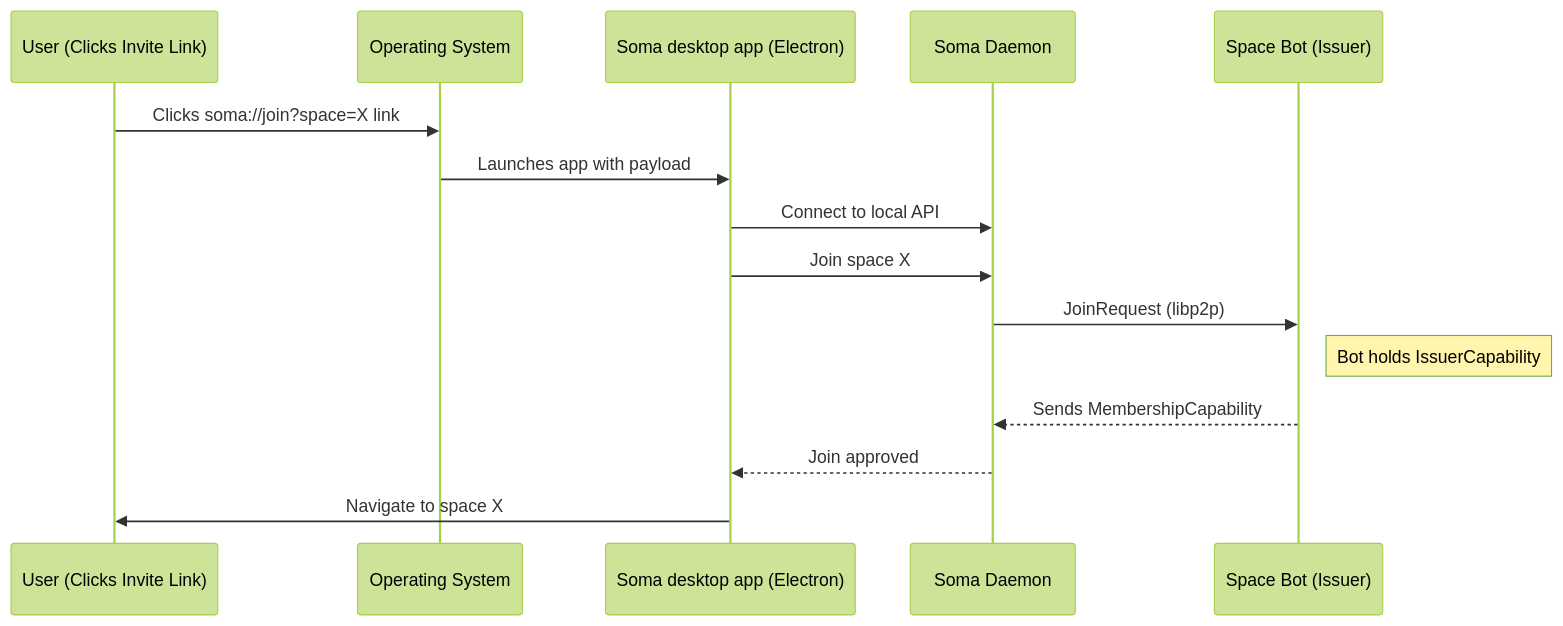
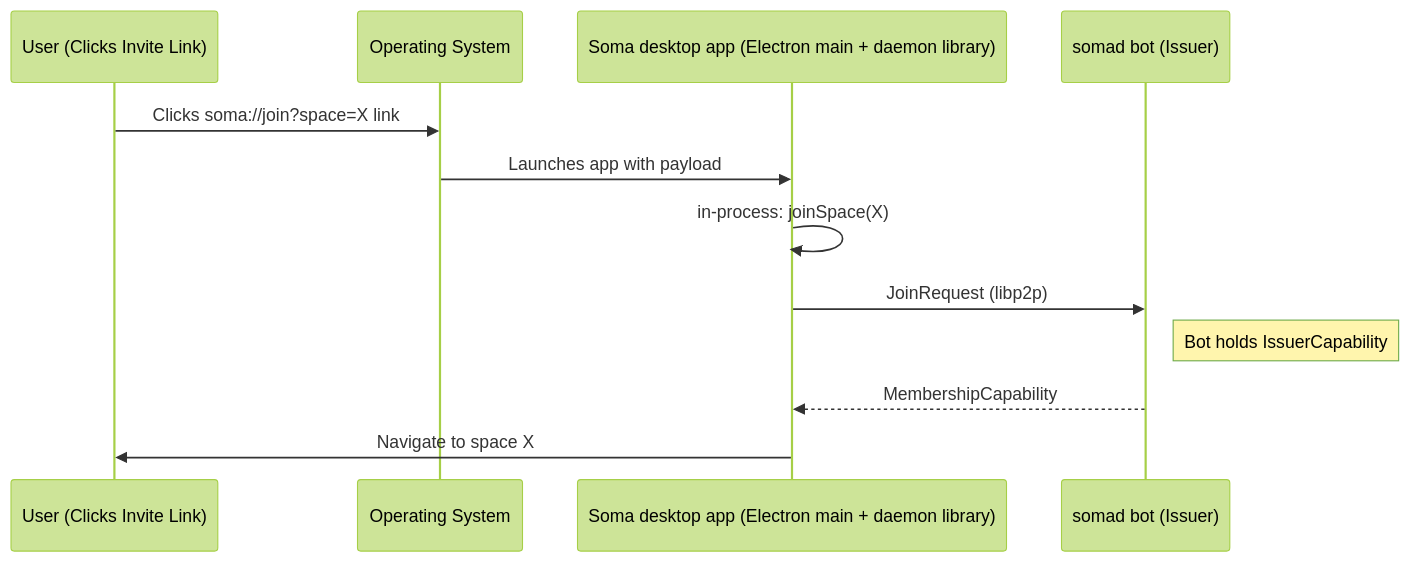
One commit to stephane-segning/soma changed the second of 2 diagrams in docs/src/architecture/soma-tapia.md. Above: the diagram before and after it, drawn with Mermaid (forest theme). The commit also changed other lines of this file and 142 other files, not shown here.

````diff
--- a/docs/src/architecture/soma-tapia.md
+++ b/docs/src/architecture/soma-tapia.md
@@ -77,17 +95,14 @@
 ```mermaid
 sequenceDiagram
     participant User as User (Clicks Invite Link)
     participant OS as Operating System
-    participant SomaApp as Soma desktop app (Electron)
-    participant Daemon as Soma Daemon
-    participant Bot as Space Bot (Issuer)
+    participant SomaApp as Soma desktop app (Electron main + daemon library)
+    participant Bot as somad bot (Issuer)
     User ->> OS: Clicks soma://join?space=X link
     OS ->> SomaApp: Launches app with payload
-    SomaApp ->> Daemon: Connect to local API
-    SomaApp ->> Daemon: Join space X
-    Daemon ->> Bot: JoinRequest (libp2p)
+    SomaApp ->> SomaApp: in-process: joinSpace(X)
+    SomaApp ->> Bot: JoinRequest (libp2p)
     Note right of Bot: Bot holds IssuerCapability
-    Bot -->> Daemon: Sends MembershipCapability
-    Daemon -->> SomaApp: Join approved
+    Bot -->> SomaApp: MembershipCapability
     SomaApp ->> User: Navigate to space X
 ```
````
